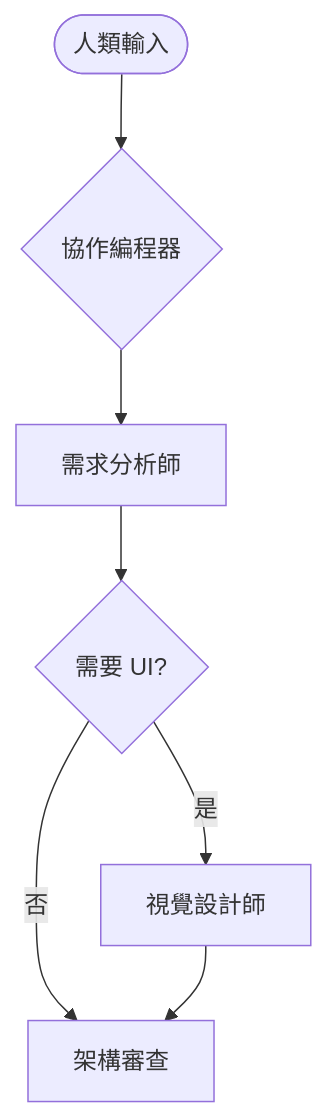
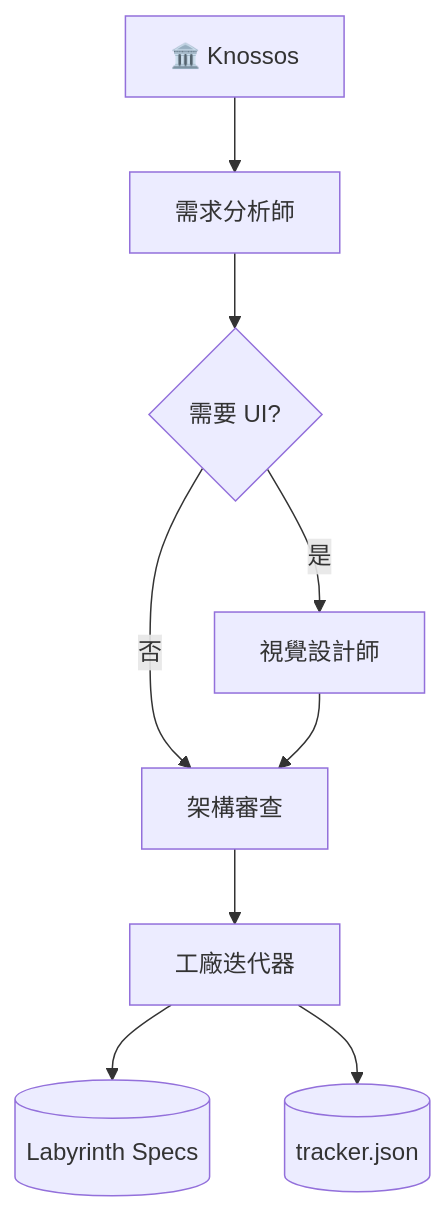
Before and after one commit to tibame201020/Daedal: the second of 3 diagrams in docs/FACTORY_WORKFLOW.qmd, drawn with Mermaid. The commit also changed other lines of this file and 6 other files, not shown here.

````diff
--- a/docs/FACTORY_WORKFLOW.qmd
+++ b/docs/FACTORY_WORKFLOW.qmd
@@ -46,9 +50,11 @@
 ```{mermaid}
 graph TD
-    Start([人類輸入]) --> Orch{協作編程器}
-    Orch --> ReqA[需求分析師]
+    Knossos[🏛️ Knossos] --> ReqA[需求分析師]
     ReqA --> UI_Check{需要 UI?}
     UI_Check -- 是 --> VisD[視覺設計師]
     UI_Check -- 否 --> Arch[架構審查]
     VisD --> Arch
+    Arch --> Iter[工廠迭代器]
+    Iter --> Specs[(Labyrinth Specs)]
+    Iter --> Track[(tracker.json)]
 ```
````
